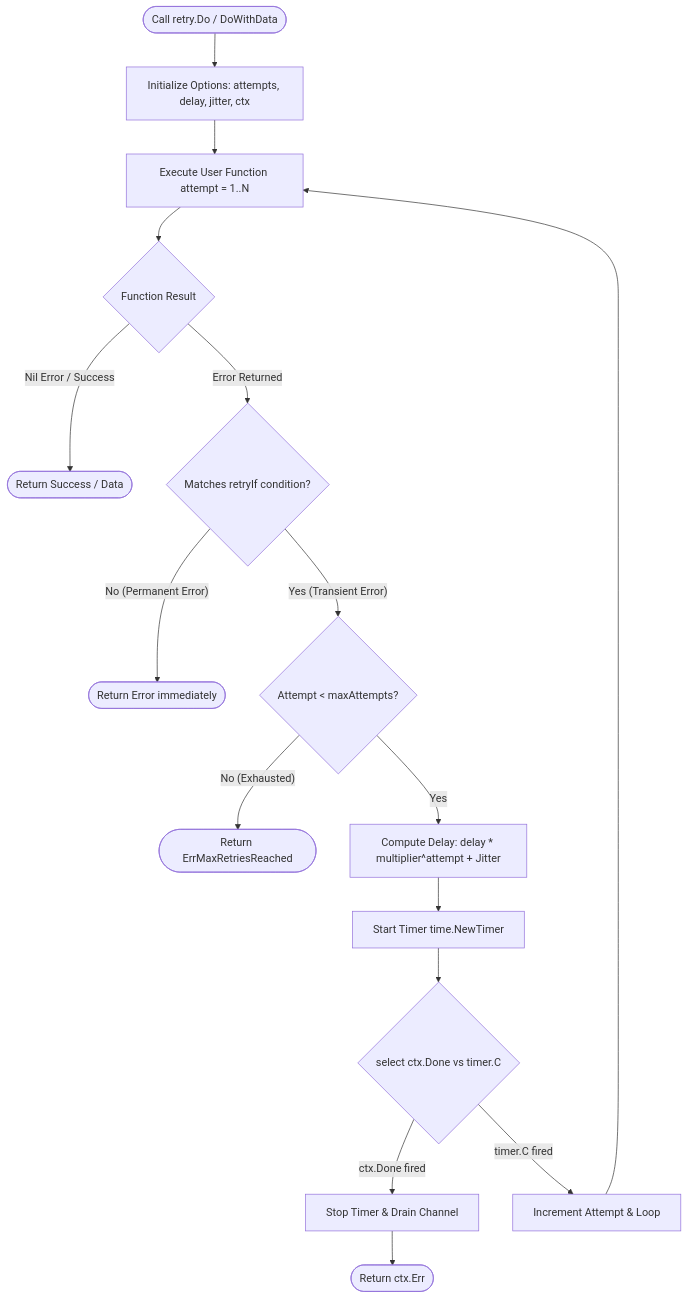
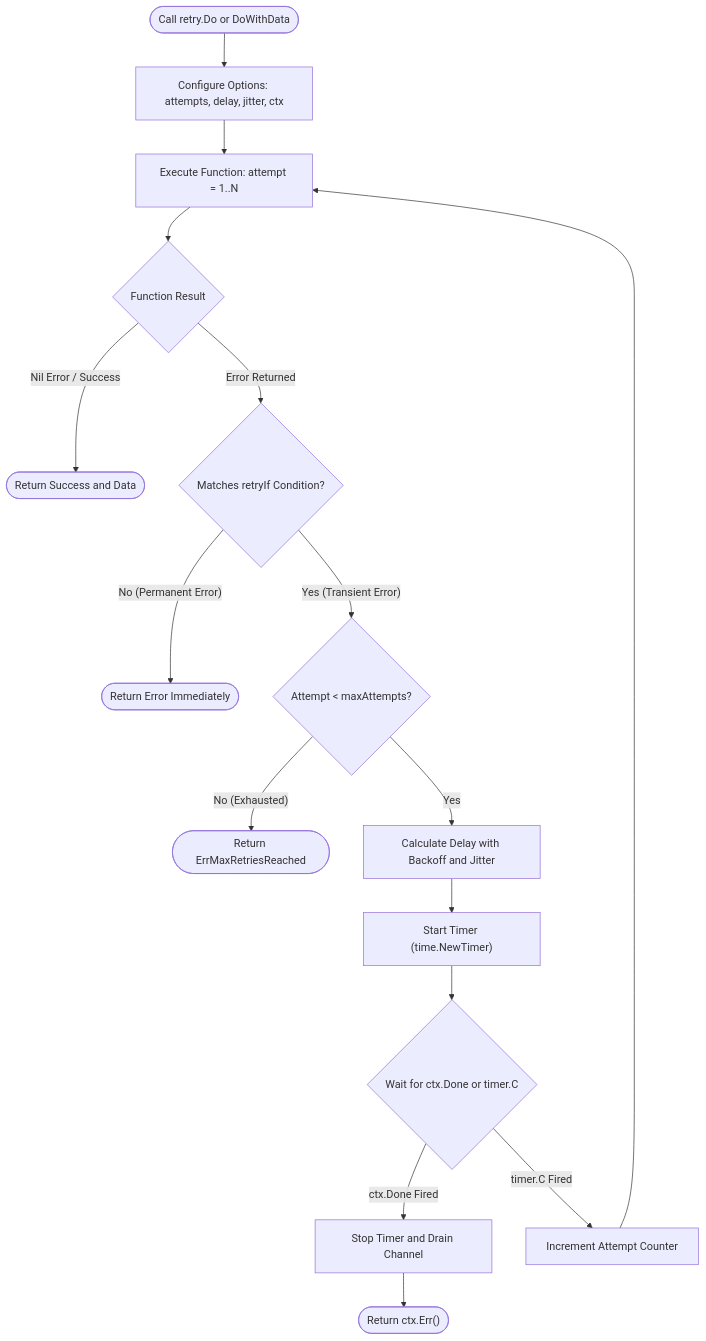
One commit to Jkenyut/nvx-go-helper changed the diagram in retry/README.md. Above: the diagram before and after it, drawn with Mermaid. The commit also changed other lines of this file and 46 other files, not shown here.

````diff
--- a/retry/README.md
+++ b/retry/README.md
@@ -16,24 +9,24 @@
 ```mermaid
 flowchart TD
-    Start([Call retry.Do / DoWithData]) --> InitConfig[Initialize Options: attempts, delay, jitter, ctx]
-    InitConfig --> AttemptLoop[Execute User Function attempt = 1..N]
-    
-    AttemptLoop --> CheckResult{Function Result}
-    CheckResult -- Nil Error / Success --> ReturnSuccess([Return Success / Data])
-    CheckResult -- Error Returned --> EvalRetryIf{Matches retryIf condition?}
-    
-    EvalRetryIf -- No (Permanent Error) --> ReturnErr([Return Error immediately])
-    EvalRetryIf -- Yes (Transient Error) --> CheckAttempt{Attempt < maxAttempts?}
-    
-    CheckAttempt -- No (Exhausted) --> ReturnMaxErr([Return ErrMaxRetriesReached])
-    CheckAttempt -- Yes --> CalcDelay[Compute Delay: delay * multiplier^attempt + Jitter]
-    
-    CalcDelay --> StartTimer[Start Timer time.NewTimer]
-    StartTimer --> WaitSelect{select ctx.Done vs timer.C}
-    
-    WaitSelect -- ctx.Done fired --> StopTimerLeak[Stop Timer & Drain Channel]
-    StopTimerLeak --> ReturnCtxErr([Return ctx.Err])
-    
-    WaitSelect -- timer.C fired --> LoopNext[Increment Attempt & Loop]
+    Start(["Call retry.Do or DoWithData"]) --> InitConfig["Configure Options: attempts, delay, jitter, ctx"]
+    InitConfig --> AttemptLoop["Execute Function: attempt = 1..N"]
+
+    AttemptLoop --> CheckResult{"Function Result"}
+    CheckResult -- Nil Error / Success --> ReturnSuccess(["Return Success and Data"])
+    CheckResult -- Error Returned --> EvalRetryIf{"Matches retryIf Condition?"}
+
+    EvalRetryIf -- No (Permanent Error) --> ReturnErr(["Return Error Immediately"])
+    EvalRetryIf -- Yes (Transient Error) --> CheckAttempt{"Attempt < maxAttempts?"}
+
+    CheckAttempt -- No (Exhausted) --> ReturnMaxErr(["Return ErrMaxRetriesReached"])
+    CheckAttempt -- Yes --> CalcDelay["Calculate Delay with Backoff and Jitter"]
+
+    CalcDelay --> StartTimer["Start Timer (time.NewTimer)"]
+    StartTimer --> WaitSelect{"Wait for ctx.Done or timer.C"}
+
+    WaitSelect -- ctx.Done Fired --> StopTimerLeak["Stop Timer and Drain Channel"]
+    StopTimerLeak --> ReturnCtxErr(["Return ctx.Err()"])
+
+    WaitSelect -- timer.C Fired --> LoopNext["Increment Attempt Counter"]
     LoopNext --> AttemptLoop
 ```
````
